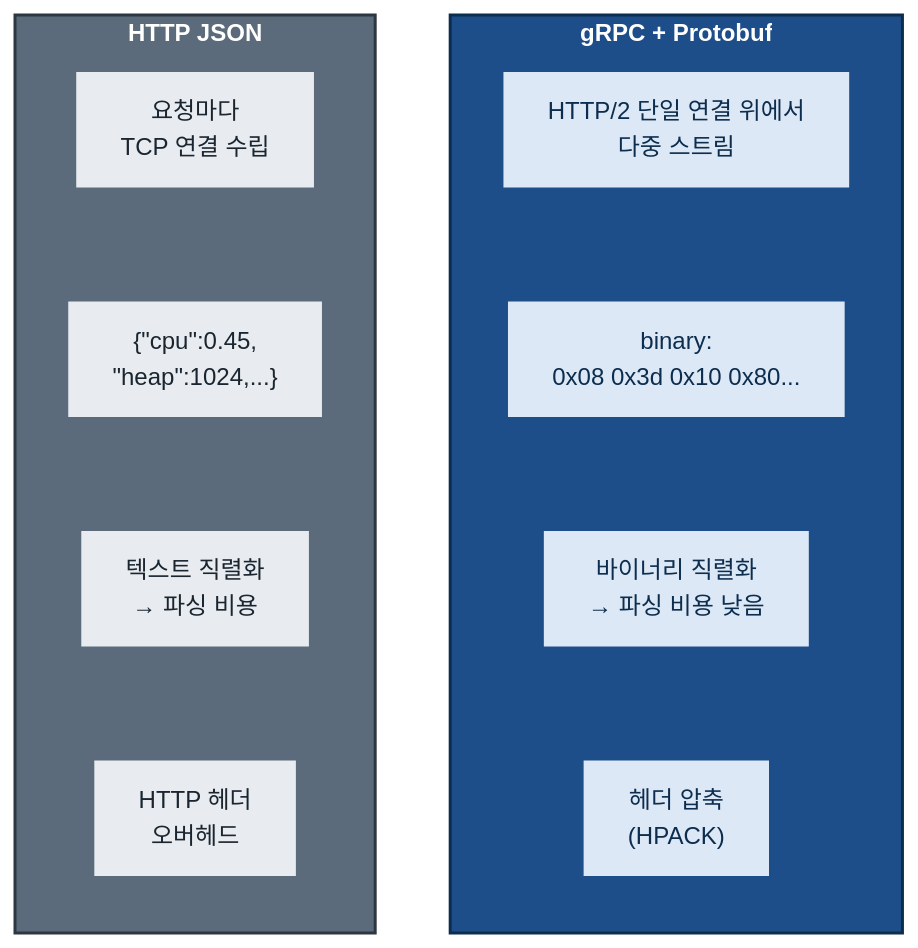
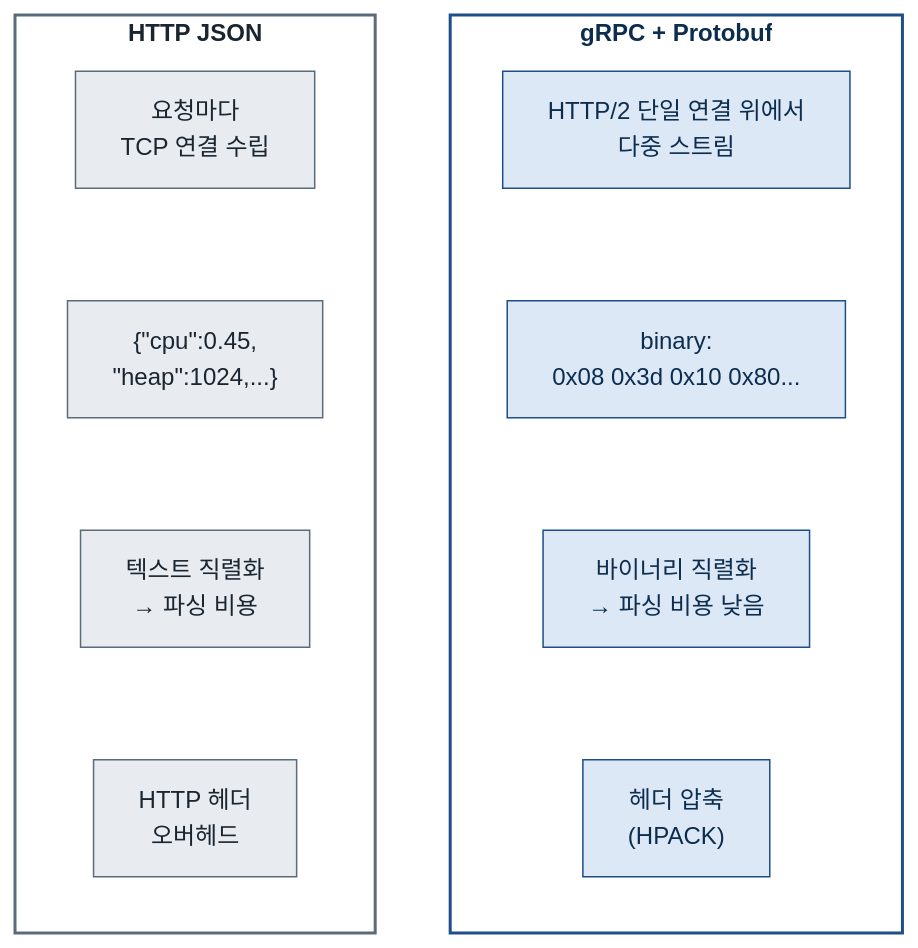
One commit to buss-sooin/apm-observatory changed the first of 8 diagrams in README.md. Above: the diagram before and after it, drawn with Mermaid.

````diff
--- a/README.md
+++ b/README.md
@@ -181,61 +181,32 @@
 ```mermaid
 flowchart LR
     subgraph HJ["HTTP JSON"]
         direction TB
         HJ1["요청마다<br/>TCP 연결 수립"]
         HJ2["{&quot;cpu&quot;:0.45,<br/>&quot;heap&quot;:1024,...}"]
         HJ3["텍스트 직렬화<br/>→ 파싱 비용"]
         HJ4["HTTP 헤더<br/>오버헤드"]
         HJ1 ~~~ HJ2 ~~~ HJ3 ~~~ HJ4
     end
 
     subgraph GP["gRPC + Protobuf"]
         direction TB
         GP1["HTTP/2 단일 연결 위에서<br/>다중 스트림"]
         GP2["binary:<br/>0x08 0x3d 0x10 0x80..."]
         GP3["바이너리 직렬화<br/>→ 파싱 비용 낮음"]
         GP4["헤더 압축<br/>(HPACK)"]
         GP1 ~~~ GP2 ~~~ GP3 ~~~ GP4
     end
 
     HJ ~~~ GP
 
     classDef httpHead fill:none,stroke:#5b6b7b,stroke-width:2px,color:#1a2530,font-weight:bold
     classDef grpcHead fill:none,stroke:#1d4e89,stroke-width:2px,color:#0c2d4e,font-weight:bold
     classDef httpNode fill:#e8ecf0,stroke:#5b6b7b,color:#1a2530
     classDef grpcNode fill:#dce8f5,stroke:#1d4e89,color:#0c2d4e
 
     class HJ httpHead
     class GP grpcHead
     class HJ1,HJ2,HJ3,HJ4 httpNode
     class GP1,GP2,GP3,GP4 grpcNode
-    subgraph HJ["HTTP JSON"]
-        direction TB
-        HJ1["요청마다<br/>TCP 연결 수립"]
-        HJ2["{&quot;cpu&quot;:0.45,<br/>&quot;heap&quot;:1024,...}"]
-        HJ3["텍스트 직렬화<br/>→ 파싱 비용"]
-        HJ4["HTTP 헤더<br/>오버헤드"]
-        HJ1 ~~~ HJ2 ~~~ HJ3 ~~~ HJ4
-    end
-
-    subgraph GP["gRPC + Protobuf"]
-        direction TB
-        GP1["HTTP/2 단일 연결 위에서<br/>다중 스트림"]
-        GP2["binary:<br/>0x08 0x3d 0x10 0x80..."]
-        GP3["바이너리 직렬화<br/>→ 파싱 비용 낮음"]
-        GP4["헤더 압축<br/>(HPACK)"]
-        GP1 ~~~ GP2 ~~~ GP3 ~~~ GP4
-    end
-
-    HJ ~~~ GP
-
-    classDef httpHead fill:#5b6b7b,stroke:#2d3742,color:#ffffff,font-weight:bold
-    classDef grpcHead fill:#1d4e89,stroke:#0c2d4e,color:#ffffff,font-weight:bold
-    classDef httpNode fill:#e8ecf0,stroke:#5b6b7b,color:#1a2530
-    classDef grpcNode fill:#dce8f5,stroke:#1d4e89,color:#0c2d4e
-
-    class HJ httpHead
-    class GP grpcHead
-    class HJ1,HJ2,HJ3,HJ4 httpNode
-    class GP1,GP2,GP3,GP4 grpcNode
 ```
````
